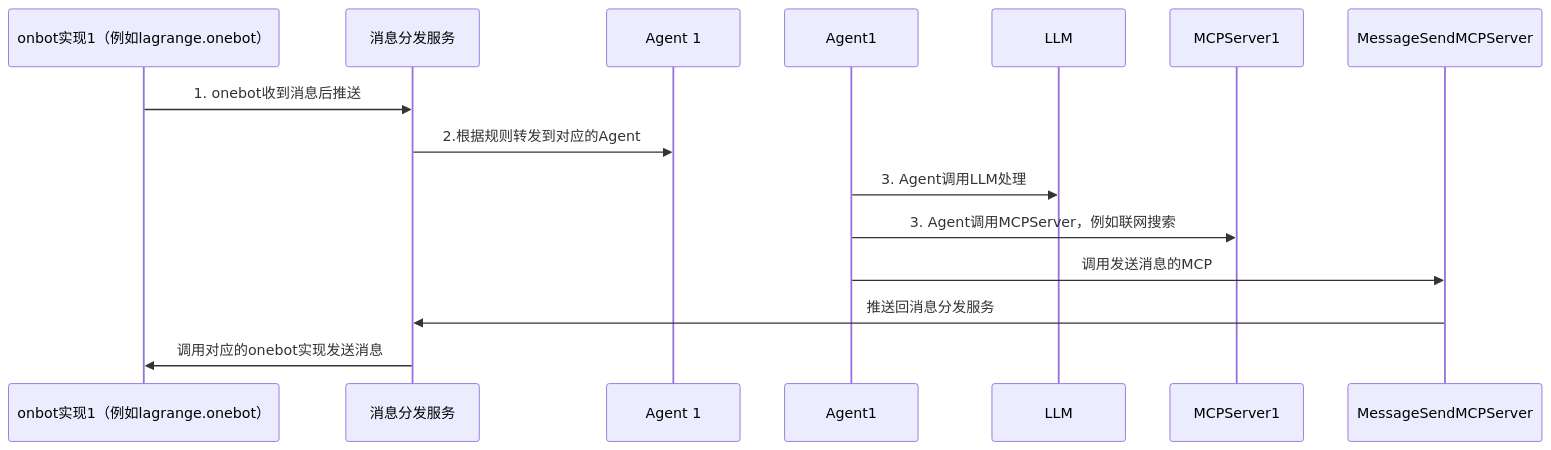
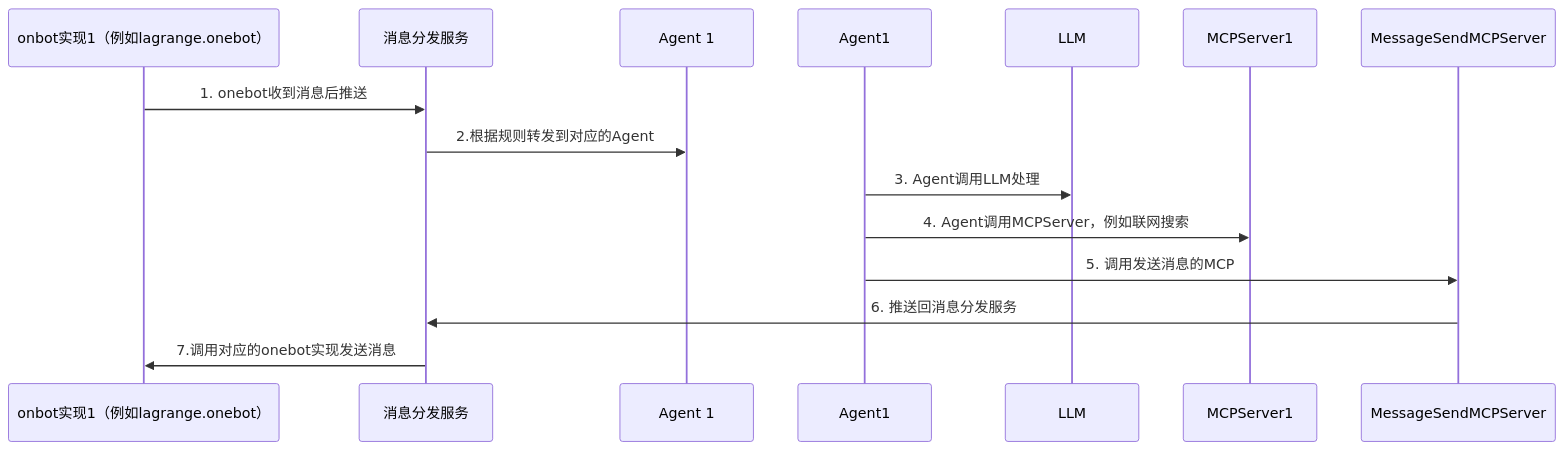
Before and after one commit to li1553770945/onebot-agent: the second of 2 diagrams in docs/README_CN.md, drawn with Mermaid. The commit also changed 1 other file, not shown here.

Commit message:
feat(docs):修复文档中的错误

````diff
--- a/docs/README_CN.md
+++ b/docs/README_CN.md
@@ -25,10 +25,10 @@
 ```mermaid
 sequenceDiagram
     onbot实现1（例如lagrange.onebot）->>消息分发服务: 1. onebot收到消息后推送
     消息分发服务->> Agent 1: 2.根据规则转发到对应的Agent
     Agent1 ->> LLM: 3. Agent调用LLM处理
-    Agent1 ->> MCPServer1: 3. Agent调用MCPServer，例如联网搜索
-    Agent1 ->> MessageSendMCPServer: 调用发送消息的MCP
-    MessageSendMCPServer ->> 消息分发服务: 推送回消息分发服务
-    消息分发服务 ->> onbot实现1（例如lagrange.onebot）: 调用对应的onebot实现发送消息
+    Agent1 ->> MCPServer1: 4. Agent调用MCPServer，例如联网搜索
+    Agent1 ->> MessageSendMCPServer: 5. 调用发送消息的MCP
+    MessageSendMCPServer ->> 消息分发服务: 6. 推送回消息分发服务
+    消息分发服务 ->> onbot实现1（例如lagrange.onebot）: 7.调用对应的onebot实现发送消息
 ```
````
